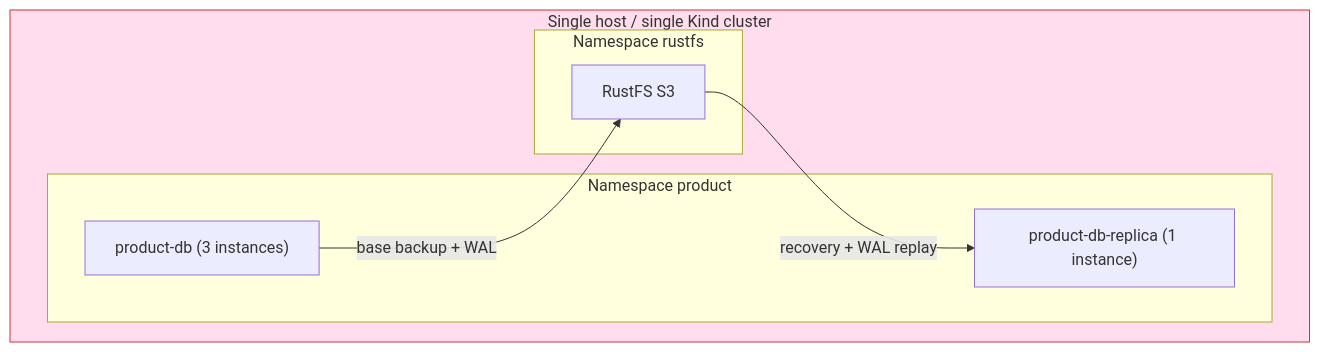
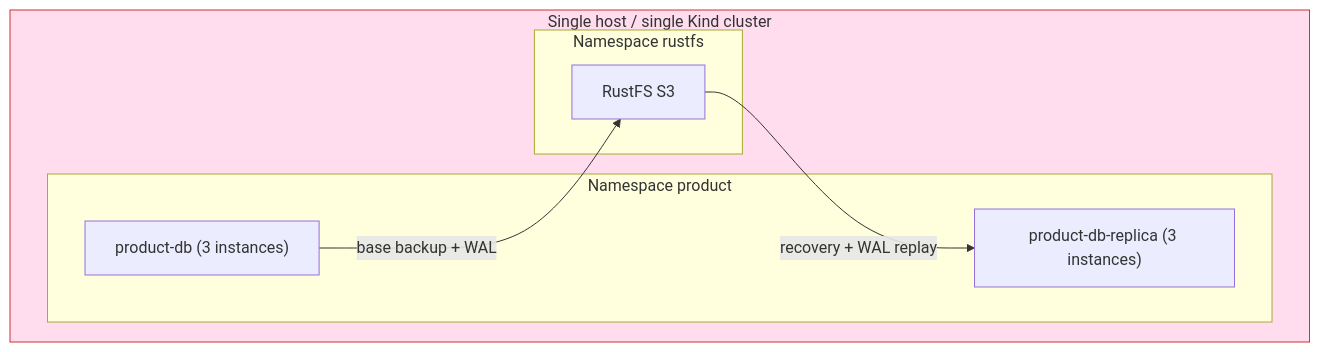
The first of 2 diagrams in docs/databases/cross-region-dr.md (duynhlab/homelab), drawn with Mermaid before and after one commit. The commit also changed other lines of this file and 12 other files, not shown here.

````diff
--- a/docs/databases/cross-region-dr.md
+++ b/docs/databases/cross-region-dr.md
@@ -15,16 +15,16 @@
 ```mermaid
 flowchart TB
   subgraph host ["Single host / single Kind cluster"]
     subgraph productNs ["Namespace product"]
       primary["product-db (3 instances)"]
-      dr["product-db-replica (1 instance)"]
+      dr["product-db-replica (3 instances)"]
     end
     subgraph rustfsNs ["Namespace rustfs"]
       rustfs["RustFS S3"]
     end
     primary -->|"base backup + WAL"| rustfs
     rustfs -->|"recovery + WAL replay"| dr
   end
   classDef risk fill:#fde,stroke:#c33;
   class host risk;
 ```
````
